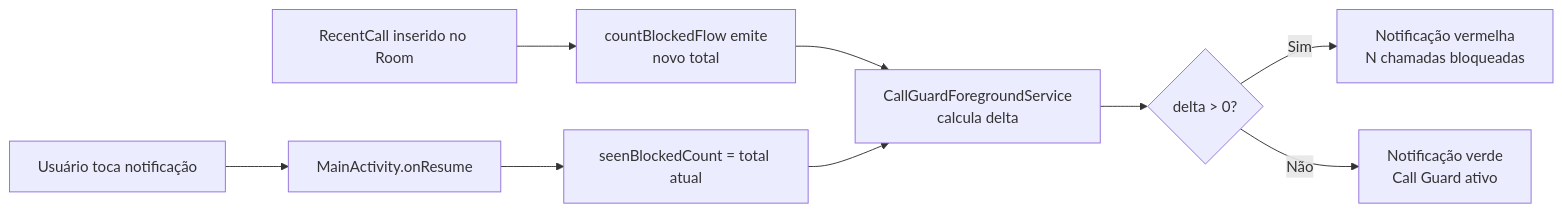
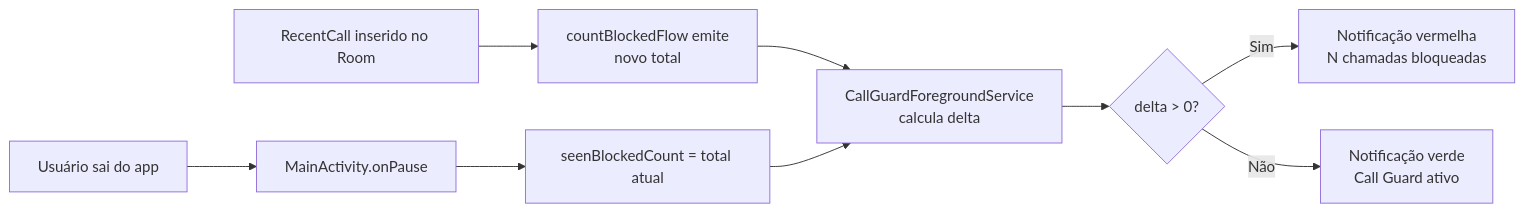
The third of 3 diagrams in ARCHITECTURE.md (acdcmaia/call-guard), drawn with Mermaid before and after one commit. The commit also changed other lines of this file and 8 other files, not shown here.

````diff
--- a/ARCHITECTURE.md
+++ b/ARCHITECTURE.md
@@ -256,12 +282,12 @@
 ```mermaid
 flowchart LR
     A[RecentCall inserido no Room] --> B[countBlockedFlow emite\nnovo total]
     B --> C[CallGuardForegroundService\ncalcula delta]
     C --> D{delta > 0?}
     D -- Sim --> E[Notificação vermelha\nN chamadas bloqueadas]
     D -- Não --> F[Notificação verde\nCall Guard ativo]
 
-    G[Usuário toca notificação] --> H[MainActivity.onResume]
+    G[Usuário sai do app] --> H[MainActivity.onPause]
     H --> I[seenBlockedCount = total atual]
     I --> C
 ```
````
